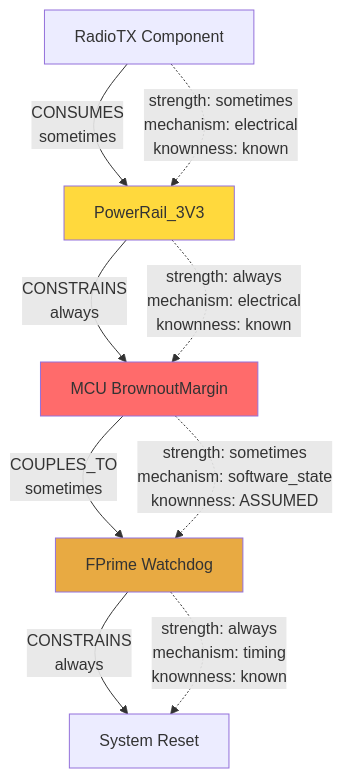
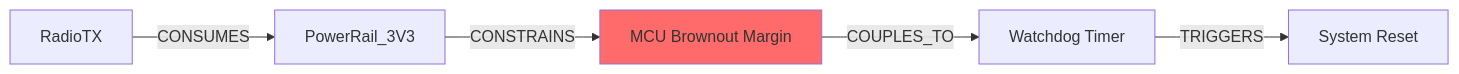
One commit to Lizo-RoadTown/proveskit-agent changed the fourth of 5 diagrams in pages/architecture.md. Above: the diagram before and after it, drawn with Mermaid. The commit also changed other lines of this file and 7 other files, not shown here.

First line of the commit message:
Update all pages to reflect LangGraph + Claude architecture

````diff
--- a/pages/architecture.md
+++ b/pages/architecture.md
@@ -141,16 +260,9 @@
 ```mermaid
-graph TB
-    Radio[RadioTX Component] -->|CONSUMES<br/>sometimes| P1[PowerRail_3V3]
-    P1 -->|CONSTRAINS<br/>always| MCU[MCU BrownoutMargin]
-    MCU -->|COUPLES_TO<br/>sometimes| FP[FPrime Watchdog]
-    FP -->|CONSTRAINS<br/>always| DL[System Reset]
-
-    Radio -.strength: sometimes<br/>mechanism: electrical<br/>knownness: known.-> P1
-    P1 -.strength: always<br/>mechanism: electrical<br/>knownness: known.-> MCU
-    MCU -.strength: sometimes<br/>mechanism: software_state<br/>knownness: ASSUMED.-> FP
-    FP -.strength: always<br/>mechanism: timing<br/>knownness: known.-> DL
-
-    style P1 fill:#FFD93D
-    style MCU fill:#FF6B6B
-    style FP fill:#E8AA42
+graph LR
+    A[RadioTX] -->|CONSUMES| B[PowerRail_3V3]
+    B -->|CONSTRAINS| C[MCU Brownout Margin]
+    C -->|COUPLES_TO| D[Watchdog Timer]
+    D -->|TRIGGERS| E[System Reset]
+    
+    style C fill:#FF6B6B
 ```
````
